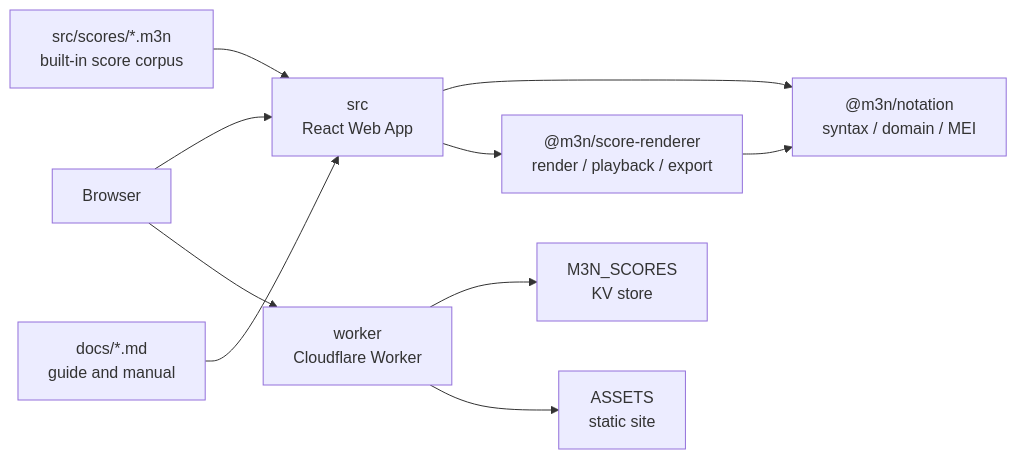
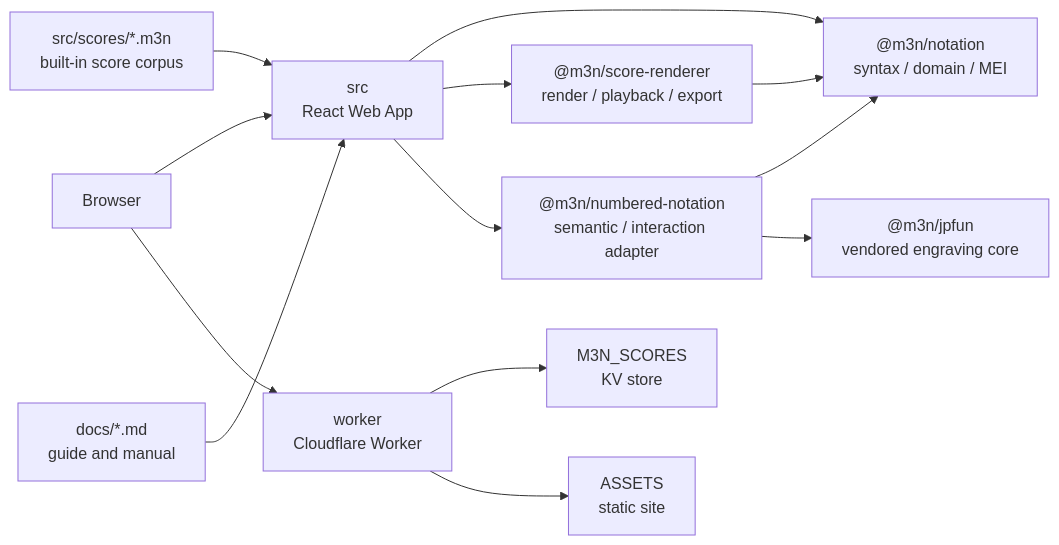
One commit to huazhechen/m3n changed the first of 5 diagrams in docs/CODEGRAPH.md. Above: the diagram before and after it, drawn with Mermaid. The commit also changed other lines of this file and 51 other files, not shown here.

Commit message:
Replace custom numbered notation renderer with vendored jpFun

````diff
--- a/docs/CODEGRAPH.md
+++ b/docs/CODEGRAPH.md
@@ -7,22 +7,27 @@
 ```mermaid
 flowchart LR
   browser[Browser]
   app["src<br/>React Web App"]
   renderer["@m3n/score-renderer<br/>render / playback / export"]
   notation["@m3n/notation<br/>syntax / domain / MEI"]
+  numbered["@m3n/numbered-notation<br/>semantic / interaction adapter"]
+  jpfun["@m3n/jpfun<br/>vendored engraving core"]
   scores["src/scores/*.m3n<br/>built-in score corpus"]
   docs["docs/*.md<br/>guide and manual"]
   worker["worker<br/>Cloudflare Worker"]
   kv["M3N_SCORES<br/>KV store"]
   assets["ASSETS<br/>static site"]
 
   browser --> app
   browser --> worker
   app --> notation
   app --> renderer
+  app --> numbered
+  numbered --> notation
+  numbered --> jpfun
   renderer --> notation
   scores --> app
   docs --> app
   worker --> kv
   worker --> assets
 ```
````
